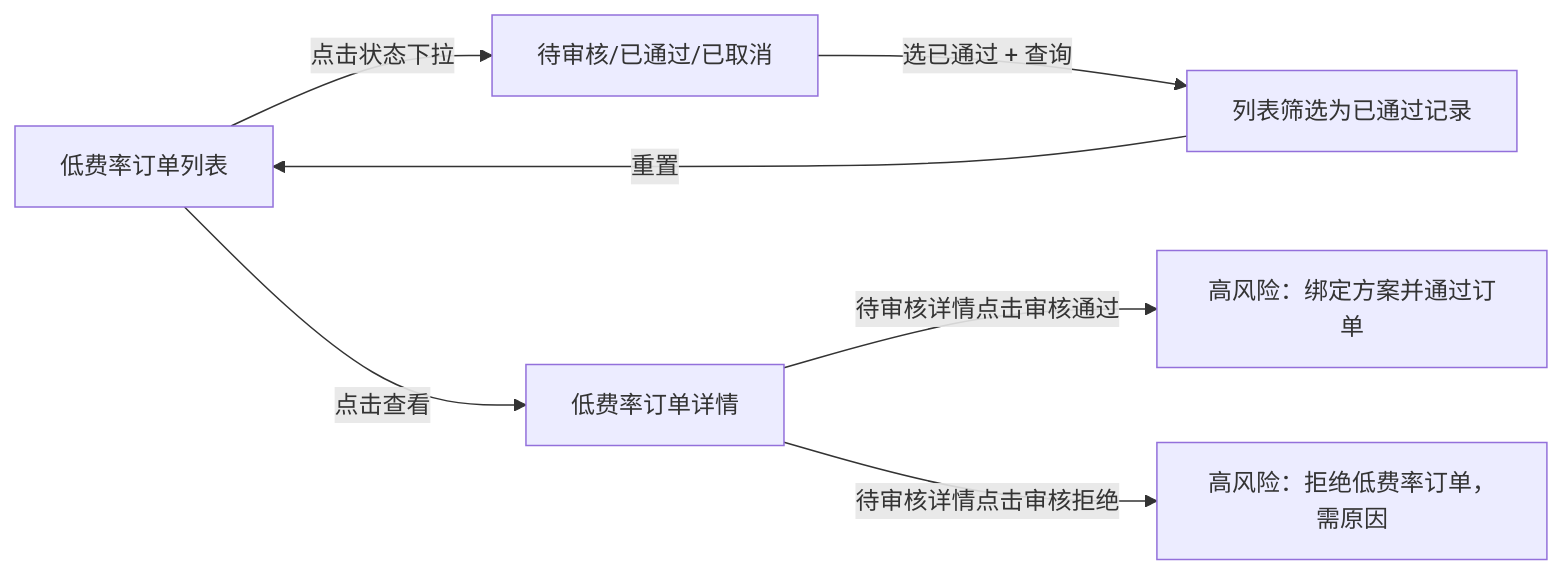
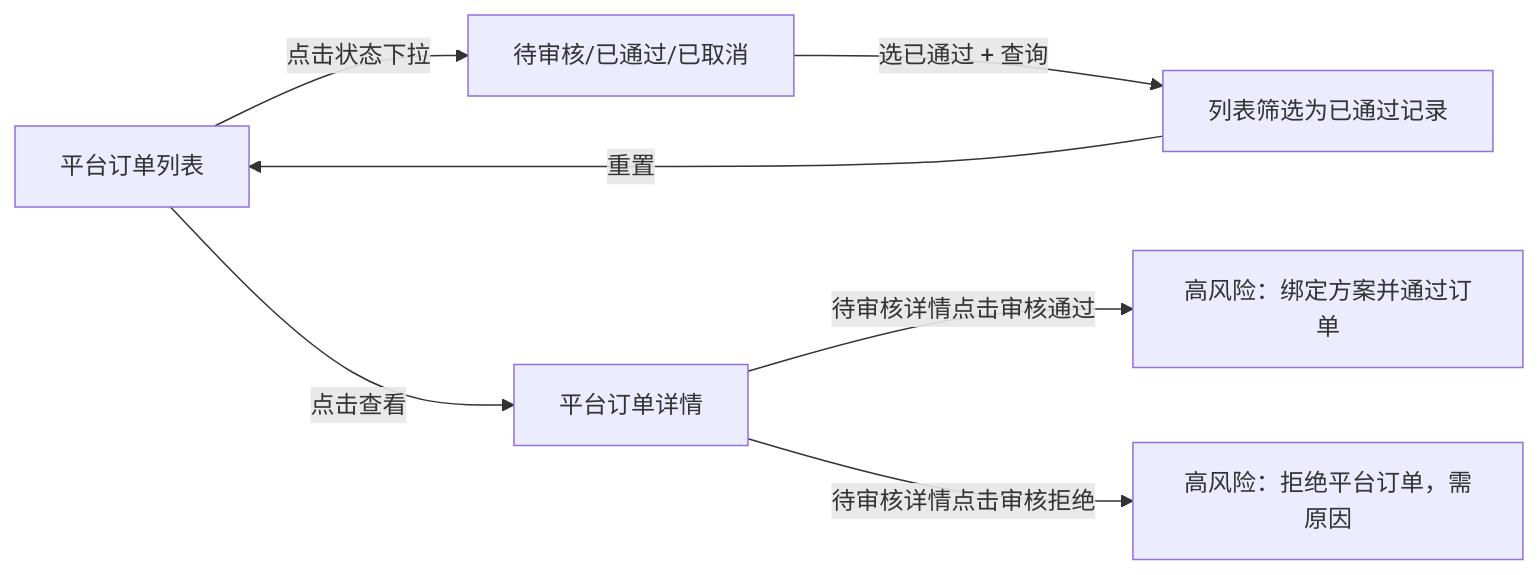
The third of 3 diagrams in PRD/V0.2/pages/07-低费率订单管理/README.md (joezjyan-bot/mandian-prd), drawn with Mermaid before and after one commit. The commit also changed other lines of this file and 6 other files, not shown here.

````diff
--- a/PRD/V0.2/pages/07-低费率订单管理/README.md
+++ b/PRD/V0.2/pages/07-低费率订单管理/README.md
@@ -123,9 +149,9 @@
 ```mermaid
 flowchart LR
-  A["低费率订单列表"] -->|"点击状态下拉"| B["待审核/已通过/已取消"]
+  A["平台订单列表"] -->|"点击状态下拉"| B["待审核/已通过/已取消"]
   B -->|"选已通过 + 查询"| C["列表筛选为已通过记录"]
   C -->|"重置"| A
-  A -->|"点击查看"| D["低费率订单详情"]
+  A -->|"点击查看"| D["平台订单详情"]
   D -->|"待审核详情点击审核通过"| E["高风险：绑定方案并通过订单"]
-  D -->|"待审核详情点击审核拒绝"| F["高风险：拒绝低费率订单，需原因"]
+  D -->|"待审核详情点击审核拒绝"| F["高风险：拒绝平台订单，需原因"]
 ```
````
